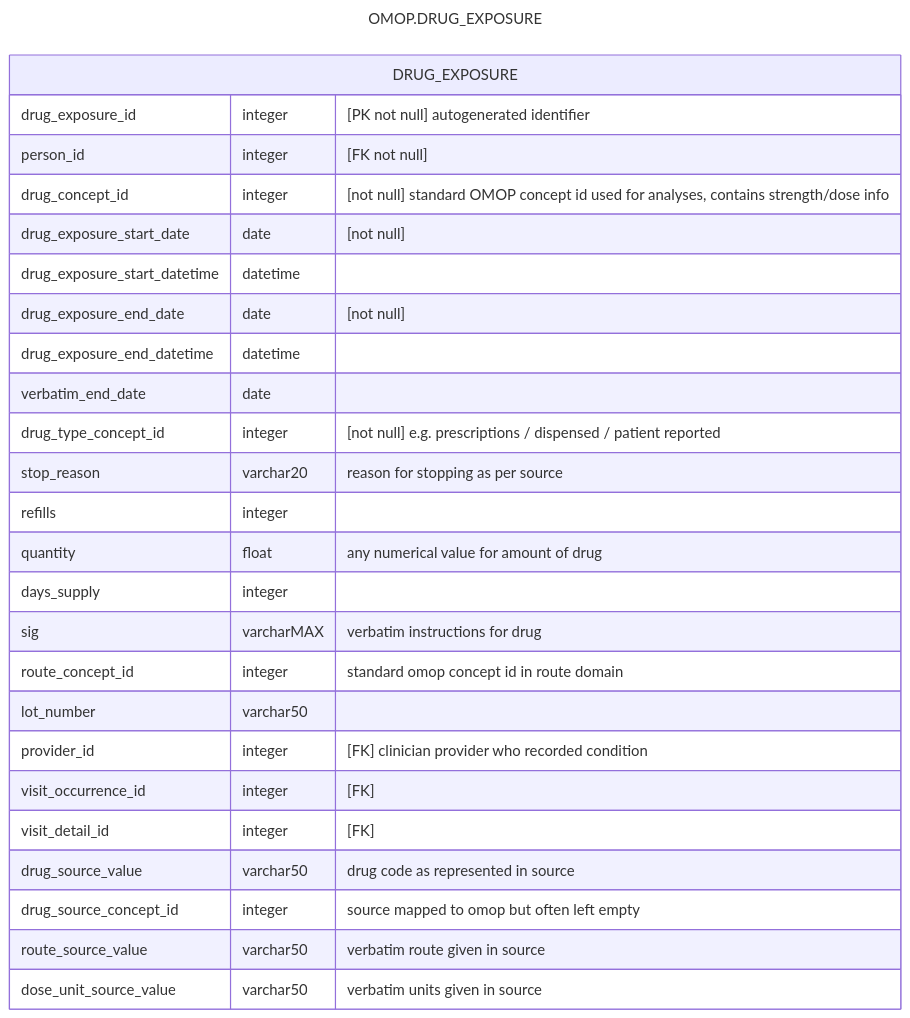
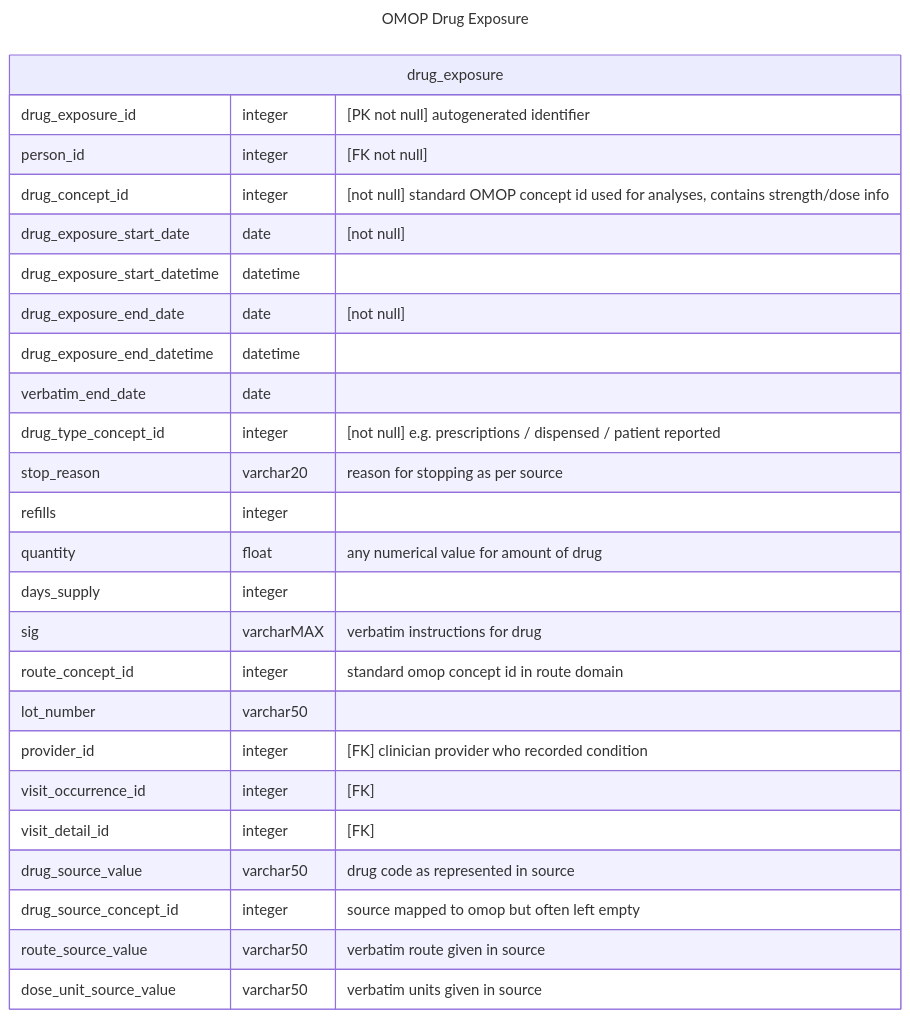
Before and after one commit to d3london/sde_aic_external_docs: the fourth of 4 diagrams in src/pages/data_model/cdm_drug_exposure.qmd, drawn with Mermaid. The commit also changed other lines of this file and 4 other files, not shown here.

````diff
--- a/src/pages/data_model/cdm_drug_exposure.qmd
+++ b/src/pages/data_model/cdm_drug_exposure.qmd
@@ -180,31 +182,31 @@
 ```{mermaid}
 ---
-title: OMOP.DRUG_EXPOSURE
+title: OMOP Drug Exposure
 ---
 erDiagram
-    DRUG_EXPOSURE {
+    drug_exposure {
         drug_exposure_id integer "[PK not null] autogenerated identifier"
         person_id integer "[FK not null]"
         drug_concept_id integer "[not null] standard OMOP concept id used for analyses, contains strength/dose info"
         drug_exposure_start_date date "[not null]"
         drug_exposure_start_datetime datetime
         drug_exposure_end_date date "[not null]"
         drug_exposure_end_datetime datetime
         verbatim_end_date date
         drug_type_concept_id integer "[not null] e.g. prescriptions / dispensed / patient reported"
         stop_reason varchar20 "reason for stopping as per source"
         refills integer
         quantity float "any numerical value for amount of drug"
         days_supply integer
         sig varcharMAX "verbatim instructions for drug"
         route_concept_id integer "standard omop concept id in route domain"
         lot_number varchar50
         provider_id integer "[FK] clinician provider who recorded condition"
         visit_occurrence_id integer "[FK]"
         visit_detail_id integer "[FK]"
         drug_source_value varchar50 "drug code as represented in source"
         drug_source_concept_id integer "source mapped to omop but often left empty"
         route_source_value varchar50 "verbatim route given in source"
         dose_unit_source_value varchar50 "verbatim units given in source"
     }
 ```
````
